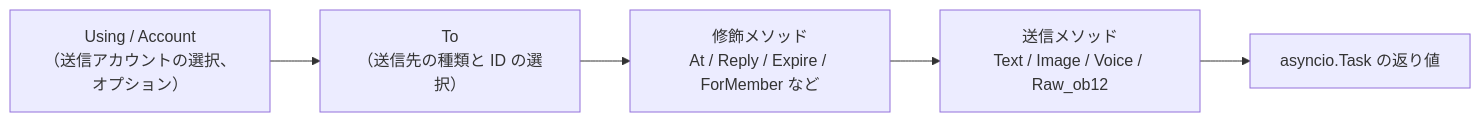
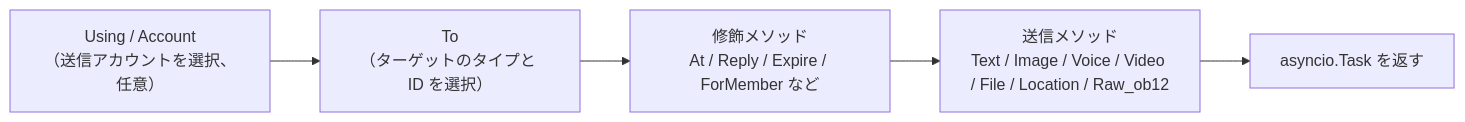
Before and after one commit to ErisPulse/ErisPulse: the first of 2 diagrams in docs/ja/developer-guide/adapters/send-dsl.md, drawn with Mermaid. The commit also changed other lines of this file and 115 other files, not shown here.

````diff
--- a/docs/ja/developer-guide/adapters/send-dsl.md
+++ b/docs/ja/developer-guide/adapters/send-dsl.md
@@ -36,7 +37,7 @@
 ```mermaid
 flowchart LR
-    A["Using / Account<br/>（送信アカウントの選択、オプション）"] --> B["To<br/>（送信先の種類と ID の選択）"]
+    A["Using / Account<br/>（送信アカウントを選択、任意）"] --> B["To<br/>（ターゲットのタイプと ID を選択）"]
     B --> C["修飾メソッド<br/>At / Reply / Expire / ForMember など"]
-    C --> D["送信メソッド<br/>Text / Image / Voice / Raw_ob12"]
-    D --> E["asyncio.Task の返り値"]
+    C --> D["送信メソッド<br/>Text / Image / Voice / Video / File / Location / Raw_ob12"]
+    D --> E["asyncio.Task を返す"]
 ```
````
